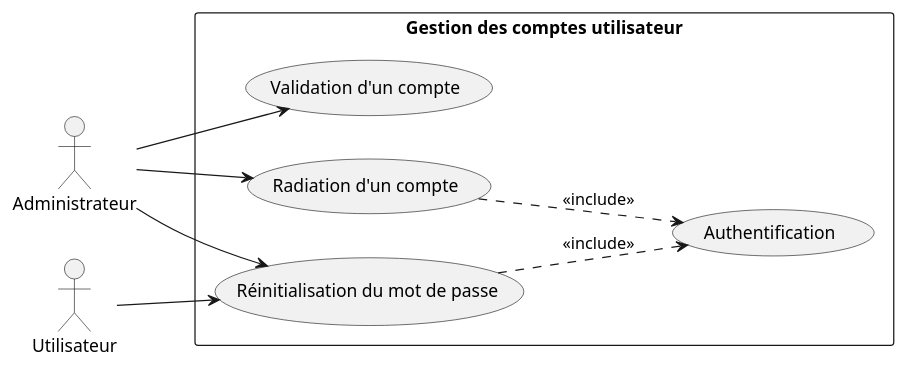
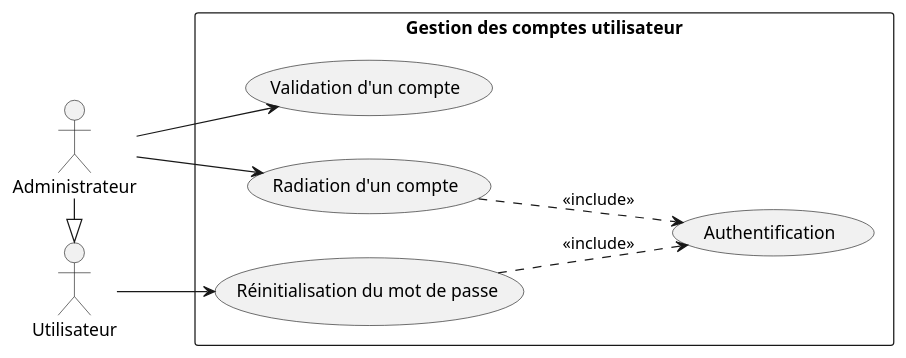
One commit to MehediT/BoutiqueLigneAudiovisuels changed the diagram in UseCase/GestionComptesUtilisateur.puml. Above: the diagram before and after it, drawn with PlantUML. The commit also changed 2 other files, not shown here.

```diff
--- a/UseCase/GestionComptesUtilisateur.puml
+++ b/UseCase/GestionComptesUtilisateur.puml
@@ -1,22 +1,22 @@
 @startuml
 left to right direction
 
 actor Administrateur as Admin
 actor Utilisateur as User
 
 rectangle "Gestion des comptes utilisateur" {
     usecase "Validation d'un compte" as UC1
     usecase "Radiation d'un compte" as UC2
     usecase "Réinitialisation du mot de passe" as UC3
     usecase "Authentification" as UC4
 }
 
 Admin --> UC1
 Admin --> UC2
-Admin --> UC3
 User --> UC3
+Admin -|> User
 
 UC3 ..> UC4 :<<include>>
 UC2 ..> UC4 :<<include>>
 
 @enduml
```
